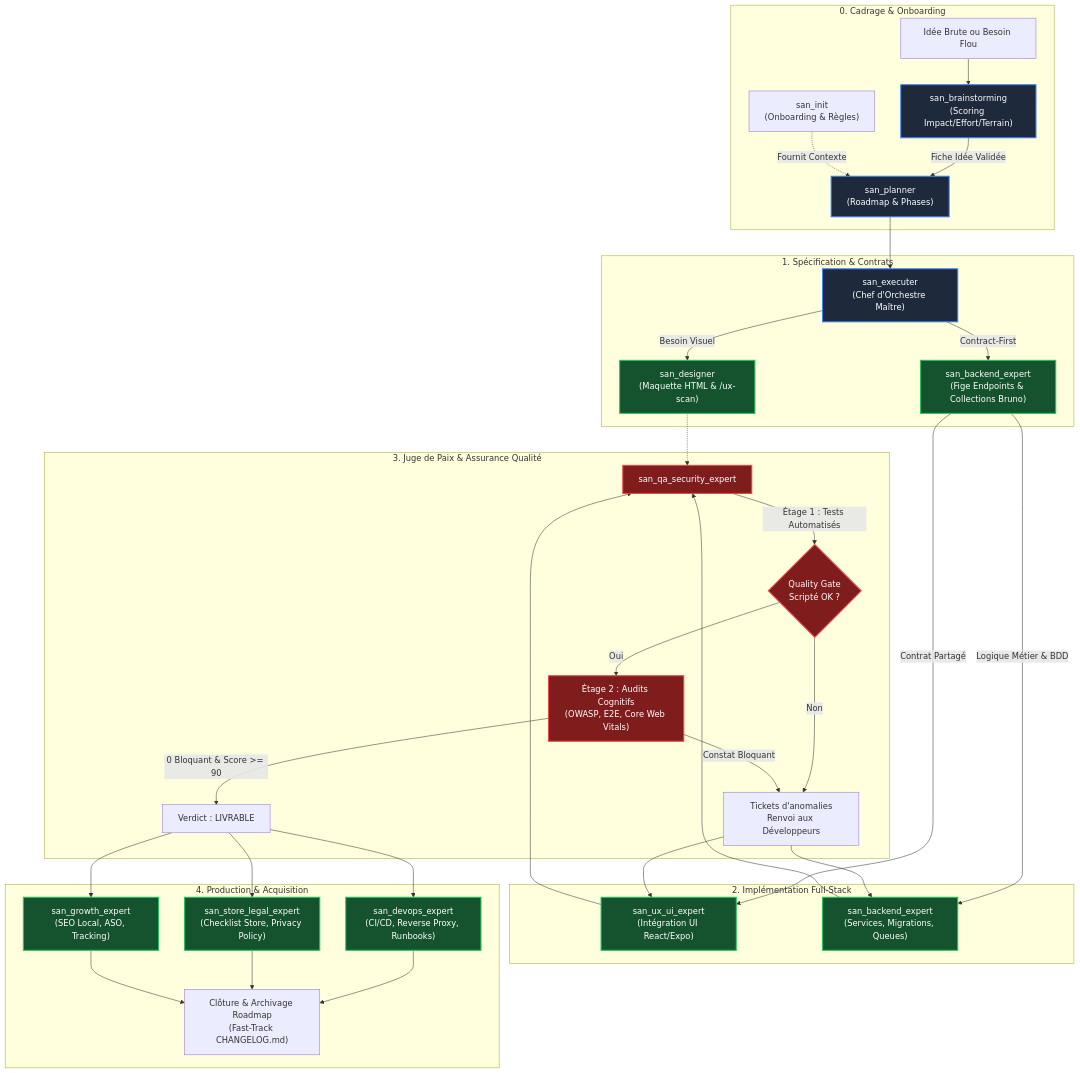
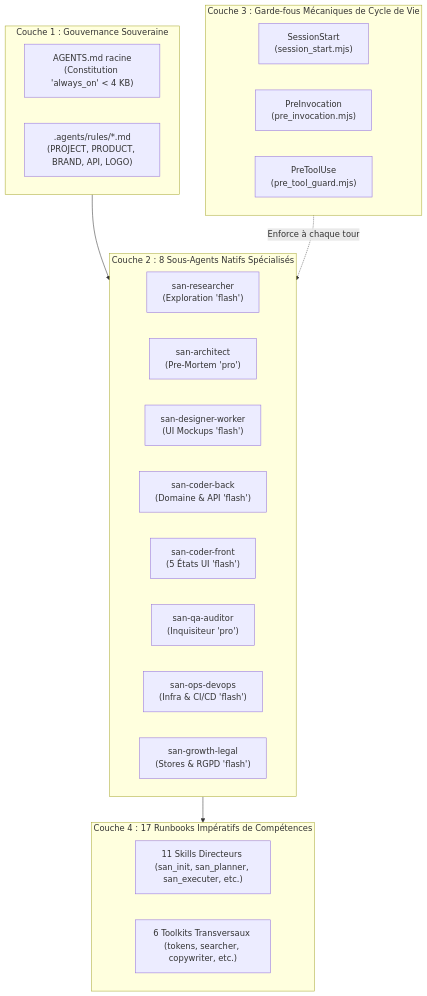
Before and after one commit to alexsan-dev/san_agy_framework: the first of 2 diagrams in README.md, drawn with Mermaid. The commit also changed other lines of this file and 114 other files, not shown here.

````diff
--- a/README.md
+++ b/README.md
@@ -164,49 +34,33 @@
 ```mermaid
 flowchart TD
-    subgraph S0["0. Cadrage & Onboarding"]
-        A["Idée Brute ou Besoin Flou"] --> B["san_brainstorming<br/>(Scoring Impact/Effort/Terrain)"]
-        B -->|Fiche Idée Validée| C["san_planner<br/>(Roadmap & Phases)"]
-        INIT["san_init<br/>(Onboarding & Règles)"] -.->|Fournit Contexte| C
+    subgraph L1["Couche 1 : Gouvernance Souveraine"]
+        C1A["AGENTS.md racine<br/>(Constitution 'always_on' < 4 KB)"]
+        C1B[".agents/rules/*.md<br/>(PROJECT, PRODUCT, BRAND, API, LOGO)"]
     end
 
-    subgraph S1["1. Spécification & Contrats"]
-        C --> D["san_executer<br/>(Chef d'Orchestre Maître)"]
-        D -->|Besoin Visuel| E["san_designer<br/>(Maquette HTML & /ux-scan)"]
-        D -->|Contract-First| F["san_backend_expert<br/>(Fige Endpoints & Collections Bruno)"]
+    subgraph L2["Couche 2 : 8 Sous-Agents Natifs Spécialisés"]
+        C2A["san-researcher<br/>(Exploration 'flash')"]
+        C2B["san-architect<br/>(Pre-Mortem 'pro')"]
+        C2C["san-designer-worker<br/>(UI Mockups 'flash')"]
+        C2D["san-coder-back<br/>(Domaine & API 'flash')"]
+        C2E["san-coder-front<br/>(5 États UI 'flash')"]
+        C2F["san-qa-auditor<br/>(Inquisiteur 'pro')"]
+        C2G["san-ops-devops<br/>(Infra & CI/CD 'flash')"]
+        C2H["san-growth-legal<br/>(Stores & RGPD 'flash')"]
     end
 
-    subgraph S2["2. Implémentation Full-Stack"]
-        F -->|Contrat Partagé| G["san_ux_ui_expert<br/>(Intégration UI React/Expo)"]
-        F -->|Logique Métier & BDD| H["san_backend_expert<br/>(Services, Migrations, Queues)"]
+    subgraph L3["Couche 3 : Garde-fous Mécaniques de Cycle de Vie"]
+        C3A["SessionStart<br/>(session_start.mjs)"]
+        C3B["PreInvocation<br/>(pre_invocation.mjs)"]
+        C3C["PreToolUse<br/>(pre_tool_guard.mjs)"]
     end
 
-    subgraph S3["3. Juge de Paix & Assurance Qualité"]
-        G --> I["san_qa_security_expert"]
-        H --> I
-        E -.-> I
-        I -->|Étage 1 : Tests Automatisés| J{"Quality Gate<br/>Scripté OK ?"}
-        J -->|Non| K["Tickets d'anomalies<br/>Renvoi aux Développeurs"]
-        K --> G
-        K --> H
-        J -->|Oui| L["Étage 2 : Audits Cognitifs<br/>(OWASP, E2E, Core Web Vitals)"]
-        L -->|Constat Bloquant| K
-        L -->|0 Bloquant & Score >= 90| M["Verdict : LIVRABLE"]
+    subgraph L4["Couche 4 : 17 Runbooks Impératifs de Compétences"]
+        C4A["11 Skills Directeurs (san_init, san_planner, san_executer, etc.)"]
+        C4B["6 Toolkits Transversaux (tokens, searcher, copywriter, etc.)"]
     end
 
-    subgraph S4["4. Production & Acquisition"]
-        M --> N["san_devops_expert<br/>(CI/CD, Reverse Proxy, Runbooks)"]
-        M --> O["san_store_legal_expert<br/>(Checklist Store, Privacy Policy)"]
-        M --> P["san_growth_expert<br/>(SEO Local, ASO, Tracking)"]
-        N --> Q["Clôture & Archivage Roadmap<br/>(Fast-Track CHANGELOG.md)"]
-        O --> Q
-        P --> Q
-    end
-
-    classDef orchestrator fill:#1e293b,stroke:#3b82f6,stroke-width:2px,color:#fff;
-    classDef gatekeeper fill:#7f1d1d,stroke:#ef4444,stroke-width:2px,color:#fff;
-    classDef dev fill:#14532d,stroke:#22c55e,stroke-width:2px,color:#fff;
-    
-    class D,C,B orchestrator;
-    class I,J,L gatekeeper;
-    class E,F,G,H,N,O,P dev;
+    L1 --> L2
+    L3 -.->|Enforce à chaque tour| L2
+    L2 --> L4
 ```
````
